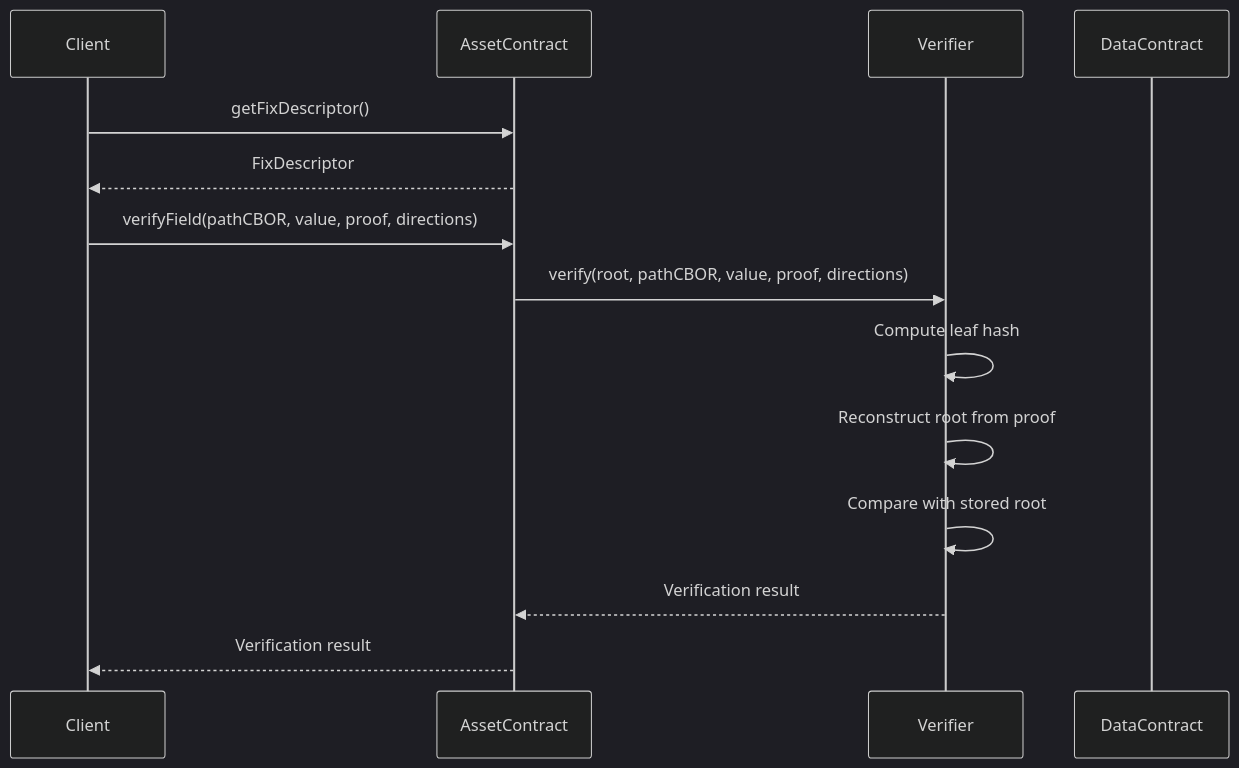
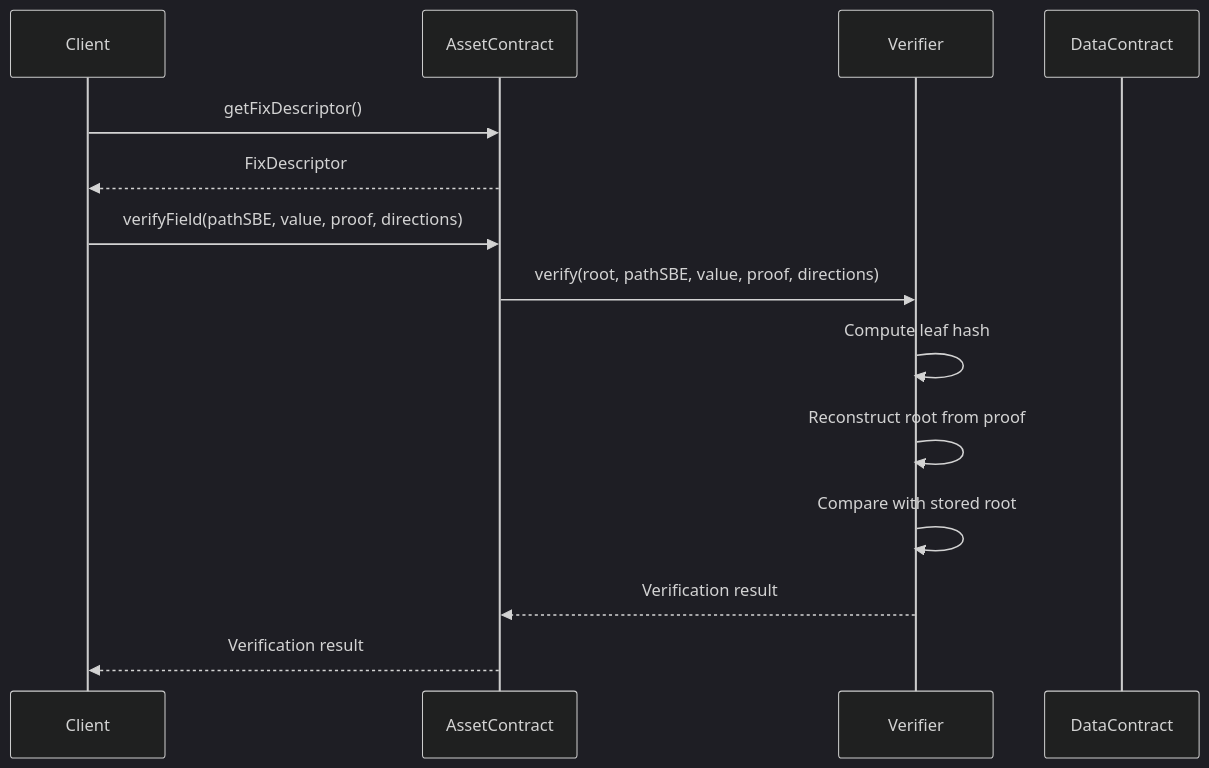
The fourth of 7 diagrams in docs/architecture.md (swapnilraj/fix-descriptor), drawn with Mermaid (dark theme) before and after one commit. The commit also changed other lines of this file and 13 other files, not shown here.

````diff
--- a/docs/architecture.md
+++ b/docs/architecture.md
@@ -207,17 +208,17 @@
 ```mermaid
 sequenceDiagram
     participant Client
     participant AssetContract
     participant Verifier
     participant DataContract
     
     Client->>AssetContract: getFixDescriptor()
     AssetContract-->>Client: FixDescriptor
-    Client->>AssetContract: verifyField(pathCBOR, value, proof, directions)
-    AssetContract->>Verifier: verify(root, pathCBOR, value, proof, directions)
+    Client->>AssetContract: verifyField(pathSBE, value, proof, directions)
+    AssetContract->>Verifier: verify(root, pathSBE, value, proof, directions)
     Verifier->>Verifier: Compute leaf hash
     Verifier->>Verifier: Reconstruct root from proof
     Verifier->>Verifier: Compare with stored root
     Verifier-->>AssetContract: Verification result
     AssetContract-->>Client: Verification result
 ```
````
